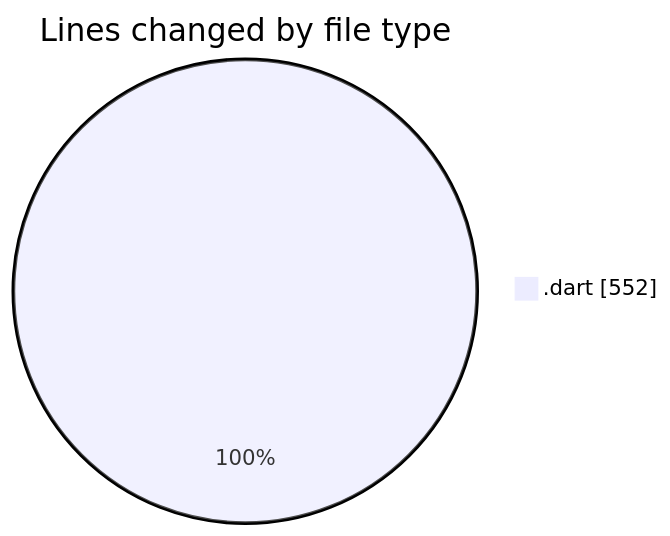
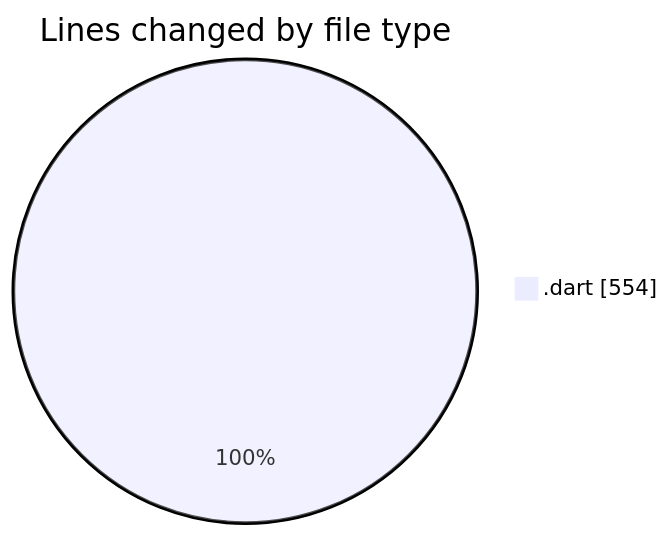
One commit to donsfak/code-tracking changed the first of 2 diagrams in 2025-03-25/wordle/README.md. Above: the diagram before and after it, drawn with Mermaid. The commit also changed other lines of this file and 1 other file, not shown here.

````diff
--- a/2025-03-25/wordle/README.md
+++ b/2025-03-25/wordle/README.md
@@ -28,5 +28,5 @@
 ```mermaid
 pie showData
 title Lines changed by file type
-".dart" : 552
+".dart" : 554
 ```
````
